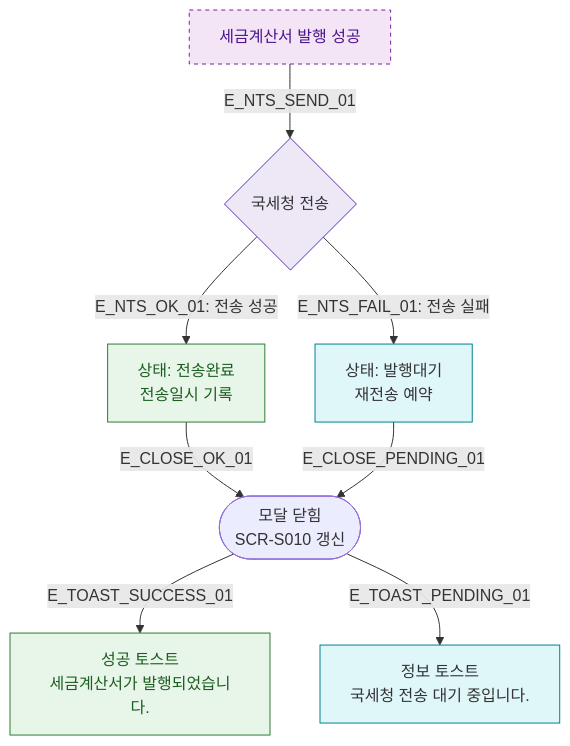
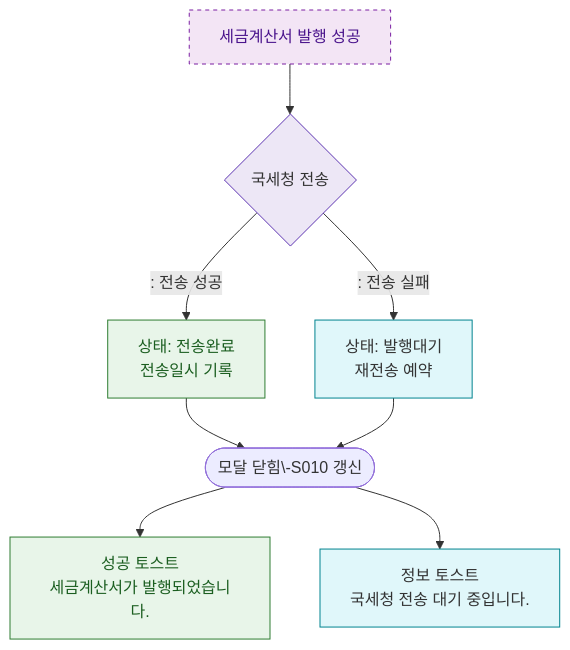
The diagram in docs/다이어그램/D03_매출관리/DLG-S011_세금계산서발행/M3_결과분기.md (dev-spogym/admin-pando), drawn with Mermaid before and after one commit. The commit also changed other lines of this file and 1660 other files, not shown here.

First line of the commit message:
다이어그램: 기획자/클라이언트 납품본으로 정리

````diff
--- a/docs/다이어그램/D03_매출관리/DLG-S011_세금계산서발행/M3_결과분기.md
+++ b/docs/다이어그램/D03_매출관리/DLG-S011_세금계산서발행/M3_결과분기.md
@@ -20,23 +18,23 @@
 ```mermaid
 flowchart TD
-    ISSUE_OK[세금계산서 발행 성공] -->|E_NTS_SEND_01| NTS{국세청 전송}
+    ISSUE_OK[세금계산서 발행 성공] --> NTS{국세청 전송}
 
-    NTS -->|"E_NTS_OK_01: 전송 성공"| SENT_STATUS[상태: 전송완료\n전송일시 기록]
-    NTS -->|"E_NTS_FAIL_01: 전송 실패"| PENDING_STATUS[상태: 발행대기\n재전송 예약]
+    NTS -->|": 전송 성공"|SENT_STATUS[상태: 전송완료\n전송일시 기록]
+    NTS -->|": 전송 실패"|PENDING_STATUS[상태: 발행대기\n재전송 예약]
 
-    SENT_STATUS -->|E_CLOSE_OK_01| CLOSED([모달 닫힘\nSCR-S010 갱신])
-    PENDING_STATUS -->|E_CLOSE_PENDING_01| CLOSED
+    SENT_STATUS --> CLOSED([모달 닫힘\-S010 갱신])
+    PENDING_STATUS --> CLOSED
 
-    CLOSED -->|E_TOAST_SUCCESS_01| TOAST_OK[성공 토스트\n세금계산서가 발행되었습니다.]
-    CLOSED -->|E_TOAST_PENDING_01| TOAST_PENDING[정보 토스트\n국세청 전송 대기 중입니다.]
+    CLOSED --> TOAST_OK[성공 토스트\n세금계산서가 발행되었습니다.]
+    CLOSED --> TOAST_PENDING[정보 토스트\n국세청 전송 대기 중입니다.]
 
     classDef newFeature fill:#F3E5F5,stroke:#7B1FA2,color:#4A148C,stroke-dasharray:4 4
     classDef system fill:#EDE7F6,stroke:#5E35B2
     classDef success fill:#E8F5E9,stroke:#2E7D32,color:#1B5E20
     classDef info fill:#E0F7FA,stroke:#00838F
 
     class ISSUE_OK newFeature
     class NTS system
     class SENT_STATUS,TOAST_OK success
     class PENDING_STATUS,TOAST_PENDING info
 ```
````
